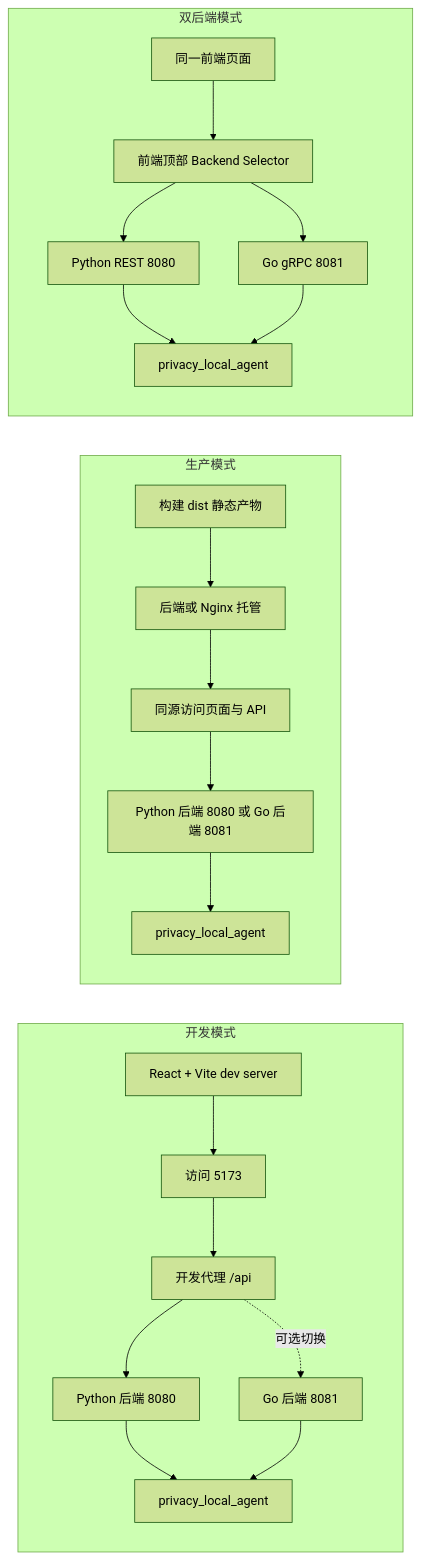
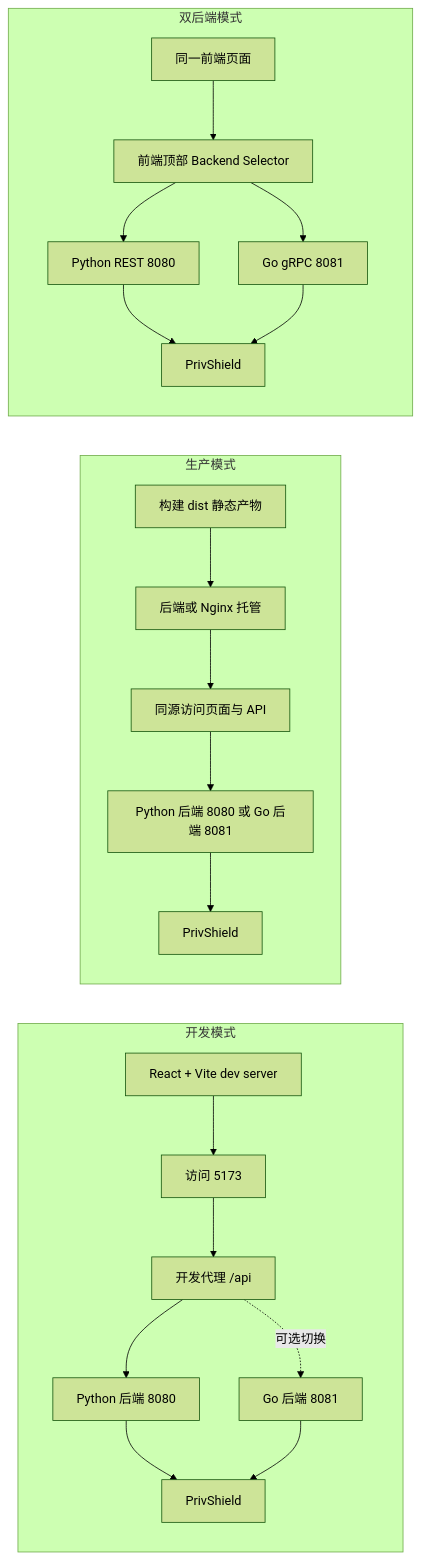
Before and after one commit to fengzhizi319/PrivShield: the second of 6 diagrams in console/docs/vite.md, drawn with Mermaid (forest theme). The commit also changed other lines of this file and 393 other files, not shown here.

Commit message:
refactor(brand): 全面将 privacy_local_agent 迁移升级为 PrivShield

````diff
--- a/console/docs/vite.md
+++ b/console/docs/vite.md
@@ -62,37 +62,37 @@
 ```mermaid
 flowchart LR
     subgraph DEV[开发模式]
         DEV1[React + Vite dev server]
         DEV2[访问 5173]
         DEV3[开发代理 /api]
         DEV4[Python 后端 8080]
         DEV5[Go 后端 8081]
-        DEV6[privacy_local_agent]
+        DEV6[PrivShield]
 
         DEV1 --> DEV2 --> DEV3
         DEV3 --> DEV4 --> DEV6
         DEV3 -. 可选切换 .-> DEV5 --> DEV6
     end
 
     subgraph PROD[生产模式]
         PROD1[构建 dist 静态产物]
         PROD2[后端或 Nginx 托管]
         PROD3[同源访问页面与 API]
         PROD4[Python 后端 8080 或 Go 后端 8081]
-        PROD5[privacy_local_agent]
+        PROD5[PrivShield]
 
         PROD1 --> PROD2 --> PROD3 --> PROD4 --> PROD5
     end
 
     subgraph DUAL[双后端模式]
         DUAL1[前端顶部 Backend Selector]
         DUAL2[Python REST 8080]
         DUAL3[Go gRPC 8081]
         DUAL4[同一前端页面]
-        DUAL5[privacy_local_agent]
+        DUAL5[PrivShield]
 
         DUAL4 --> DUAL1
         DUAL1 --> DUAL2 --> DUAL5
         DUAL1 --> DUAL3 --> DUAL5
     end
 ```
````
